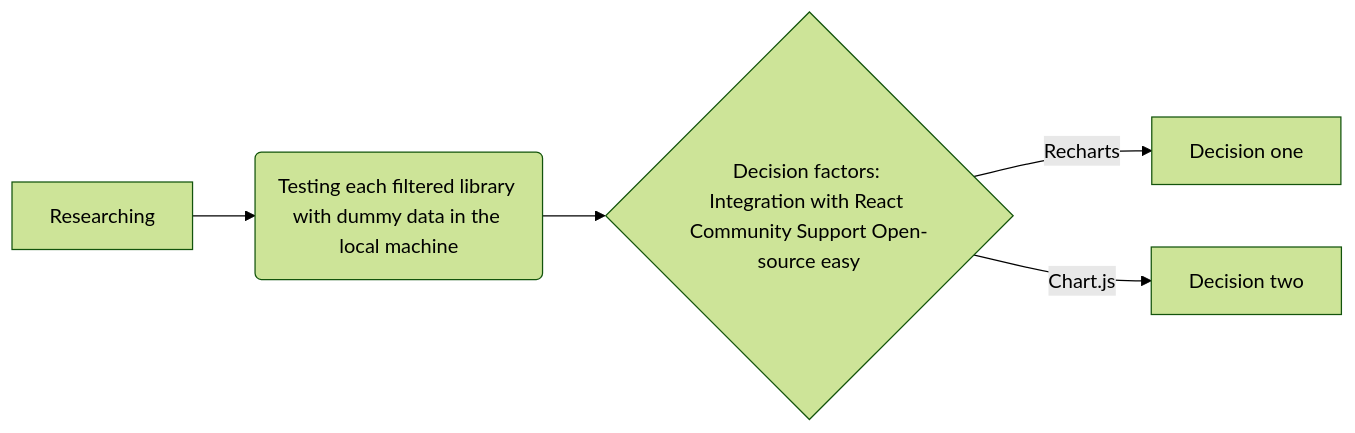
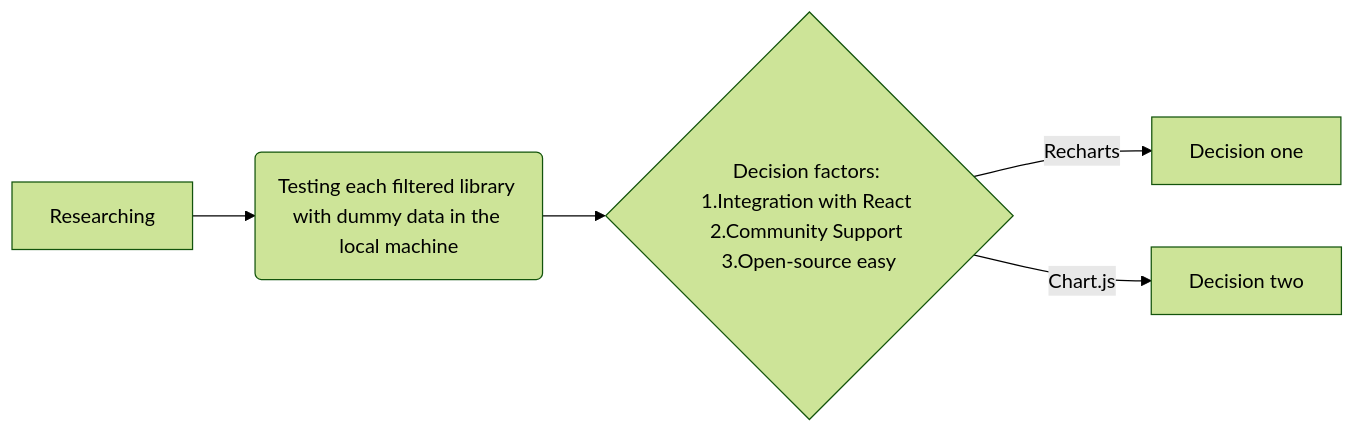
Before and after one commit to Khosiyat/Decision-Making-Process-Document: the diagram in Visualization Librarires.md, drawn with Mermaid (forest theme).

Commit message:
Update Visualization Librarires.md

````diff
--- a/Visualization Librarires.md
+++ b/Visualization Librarires.md
@@ -4,7 +4,7 @@
 ```mermaid
 graph LR
 A[Researching] -->B(Testing each filtered library with dummy data in the local machine)
-    B --> C{Decision factors: Integration with React Community Support Open-source easy}
+    B --> C{Decision factors: 1.Integration with React 2.Community Support 3.Open-source easy}
     C -->|Recharts| D[Decision one]
     C -->|Chart.js| E[Decision two]
 ```
````
